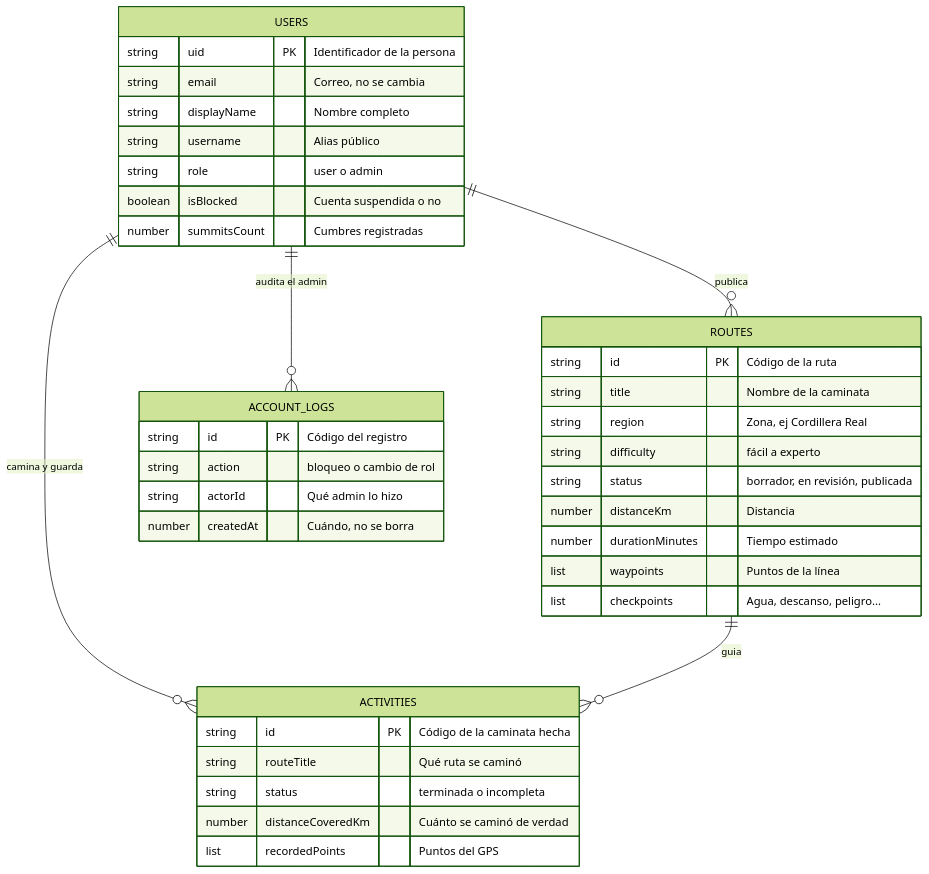
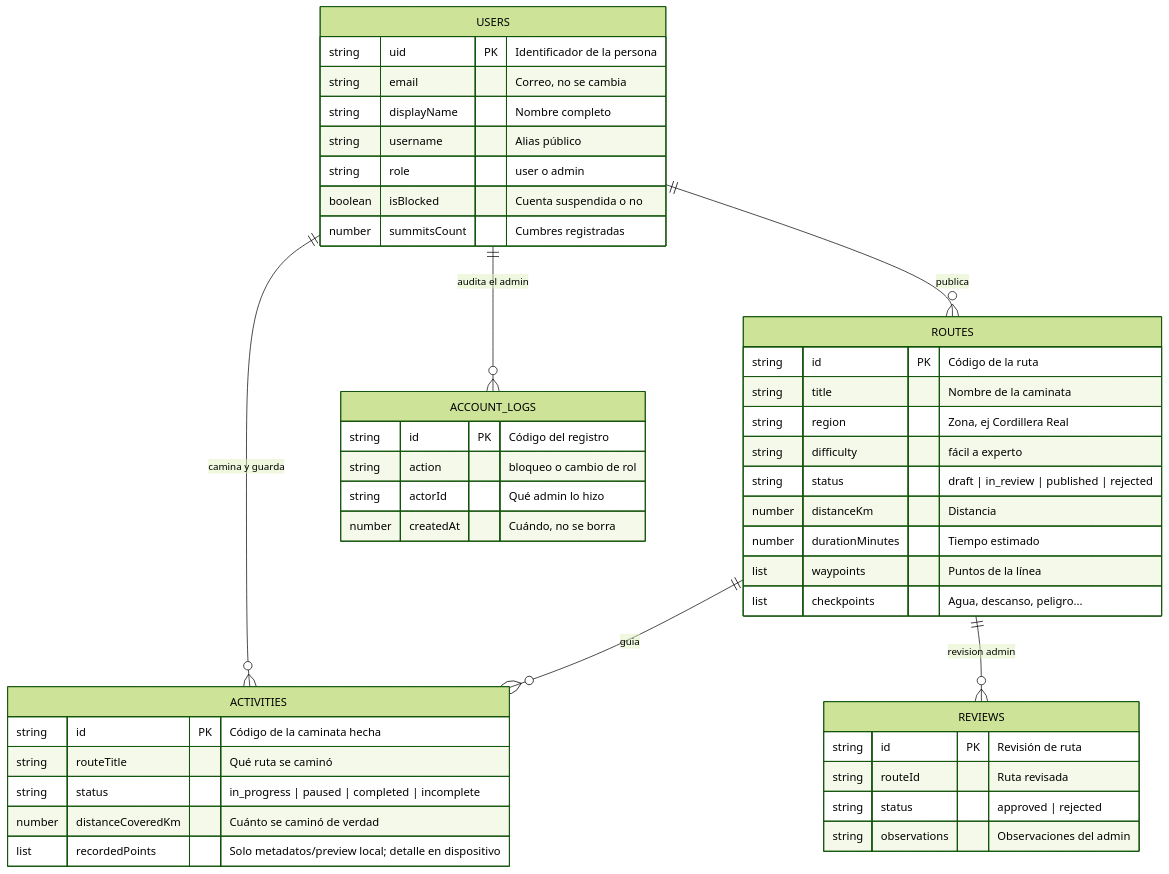
Before and after one commit to walter-202/trekkin-app: the third of 9 diagrams in docs/INFORME_PRESENTACION_CLIENTE.md, drawn with Mermaid (forest theme). The commit also changed other lines of this file and 12 other files, not shown here.

Commit message:
docs(client): refresh report with code foundations, deliverables, and UML evidence

````diff
--- a/docs/INFORME_PRESENTACION_CLIENTE.md
+++ b/docs/INFORME_PRESENTACION_CLIENTE.md
@@ -89,44 +92,52 @@
 ```mermaid
 erDiagram
     USERS ||--o{ ROUTES : "publica"
     USERS ||--o{ ACTIVITIES : "camina y guarda"
     ROUTES ||--o{ ACTIVITIES : "guia"
     USERS ||--o{ ACCOUNT_LOGS : "audita el admin"
+    ROUTES ||--o{ REVIEWS : "revision admin"
 
     USERS {
         string uid PK "Identificador de la persona"
         string email "Correo, no se cambia"
         string displayName "Nombre completo"
         string username "Alias público"
         string role "user o admin"
         boolean isBlocked "Cuenta suspendida o no"
         number summitsCount "Cumbres registradas"
     }
 
     ROUTES {
         string id PK "Código de la ruta"
         string title "Nombre de la caminata"
         string region "Zona, ej Cordillera Real"
         string difficulty "fácil a experto"
-        string status "borrador, en revisión, publicada"
+        string status "draft | in_review | published | rejected"
         number distanceKm "Distancia"
         number durationMinutes "Tiempo estimado"
         list waypoints "Puntos de la línea"
         list checkpoints "Agua, descanso, peligro..."
     }
 
     ACTIVITIES {
         string id PK "Código de la caminata hecha"
         string routeTitle "Qué ruta se caminó"
-        string status "terminada o incompleta"
+        string status "in_progress | paused | completed | incomplete"
         number distanceCoveredKm "Cuánto se caminó de verdad"
-        list recordedPoints "Puntos del GPS"
+        list recordedPoints "Solo metadatos/preview local; detalle en dispositivo"
+    }
+
+    REVIEWS {
+        string id PK "Revisión de ruta"
+        string routeId "Ruta revisada"
+        string status "approved | rejected"
+        string observations "Observaciones del admin"
     }
 
     ACCOUNT_LOGS {
         string id PK "Código del registro"
         string action "bloqueo o cambio de rol"
         string actorId "Qué admin lo hizo"
         number createdAt "Cuándo, no se borra"
     }
 ```
````
